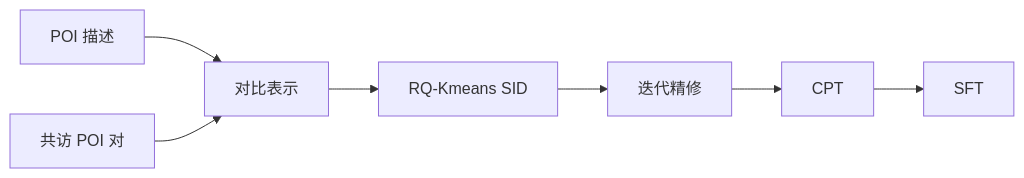
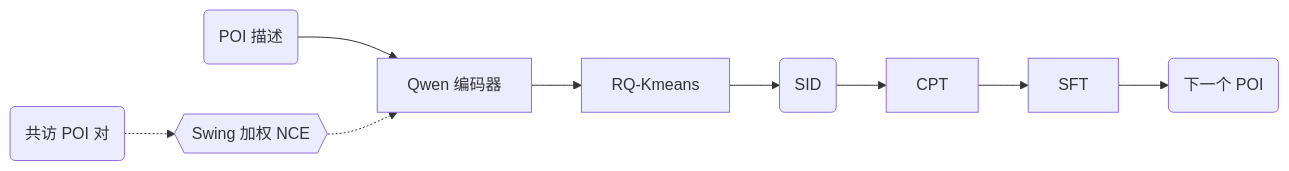
Before and after one commit to Galaxy-ghost/Awesome-SID-Generative-Rec: the first of 2 diagrams in notes/zh/geogr.md, drawn with Mermaid. The commit also changed other lines of this file and 521 other files, not shown here.

Commit message:
writer-04 part 3: algorithm diagrams with shared shape conventions, README hero and paper cards, archive removed

````diff
--- a/notes/zh/geogr.md
+++ b/notes/zh/geogr.md
@@ -14,9 +14,11 @@
 ```mermaid
 flowchart LR
-    A[POI 描述] --> B[对比表示]
-    C[共访 POI 对] --> B
-    B --> D[RQ-Kmeans SID]
-    D --> E[迭代精修]
-    E --> F[CPT]
-    F --> G[SFT]
+    A("POI 描述") --> B["Qwen 编码器"]
+    C("共访 POI 对") -.-> L1{{"Swing 加权 NCE"}}
+    L1 -.-> B
+    B --> D["RQ-Kmeans"]
+    D --> E("SID")
+    E --> F["CPT"]
+    F --> G["SFT"]
+    G --> H("下一个 POI")
 ```
````
